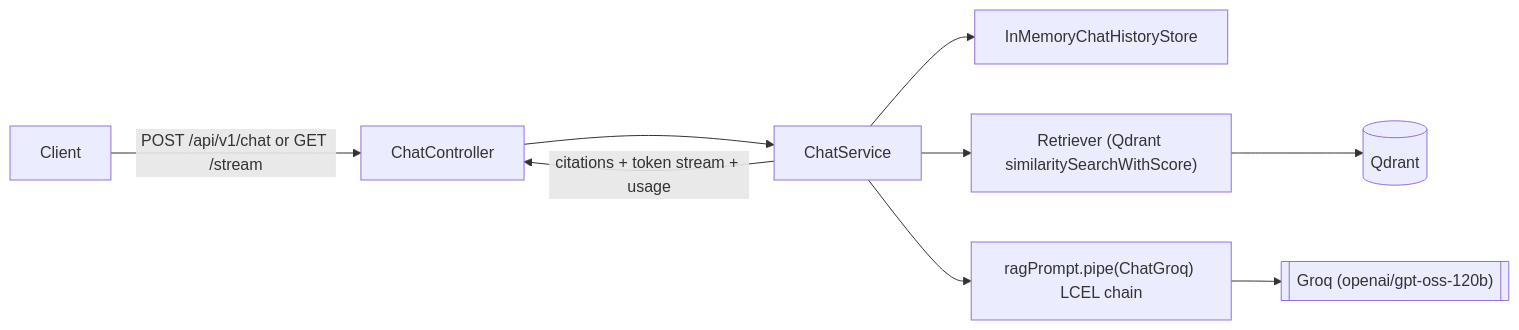
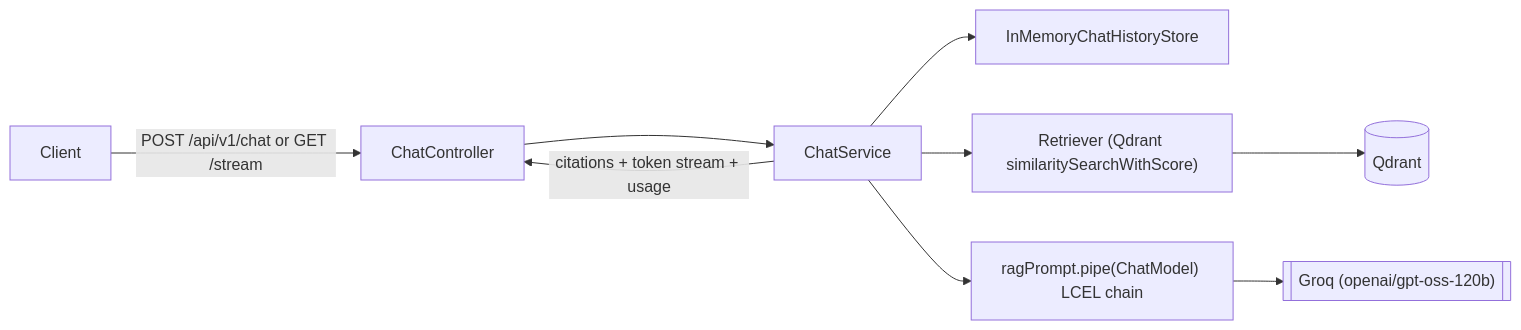
One commit to satyamRathod/Atlas-AI changed the first of 2 diagrams in docs/phases/phase-1-langchain-foundation.md. Above: the diagram before and after it, drawn with Mermaid. The commit also changed other lines of this file and 66 other files, not shown here.

````diff
--- a/docs/phases/phase-1-langchain-foundation.md
+++ b/docs/phases/phase-1-langchain-foundation.md
@@ -43,11 +26,11 @@
 ```mermaid
 flowchart LR
     Client -->|"POST /api/v1/chat or GET /stream"| Controller[ChatController]
     Controller --> Service[ChatService]
     Service --> History[InMemoryChatHistoryStore]
     Service --> Retriever["Retriever (Qdrant similaritySearchWithScore)"]
-    Service --> Chain["ragPrompt.pipe(ChatGroq) LCEL chain"]
+    Service --> Chain["ragPrompt.pipe(ChatModel) LCEL chain"]
     Retriever --> Qdrant[(Qdrant)]
     Chain --> Groq[["Groq (openai/gpt-oss-120b)"]]
     Service -->|"citations + token stream + usage"| Controller
 ```
````
